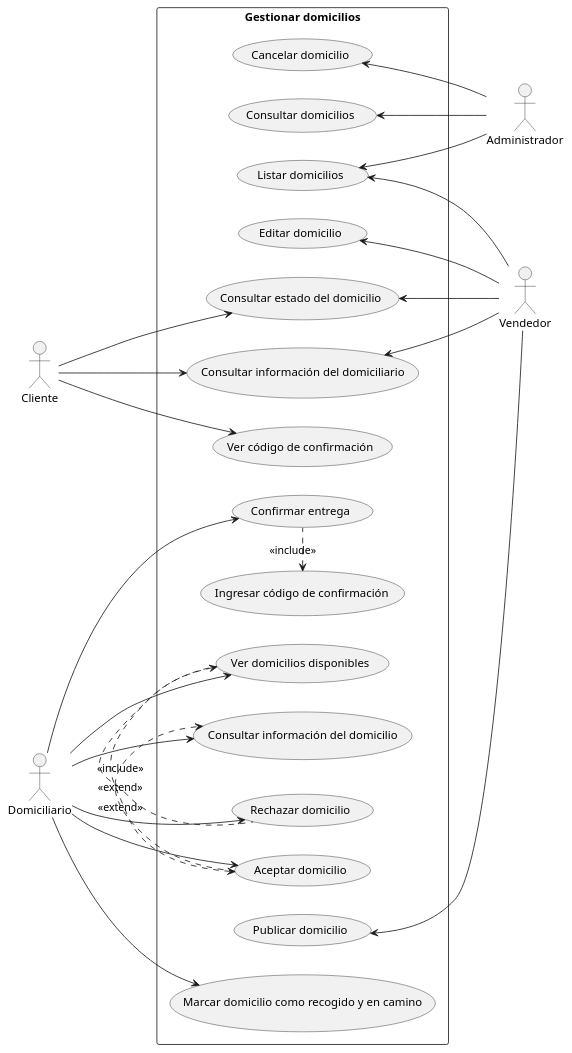
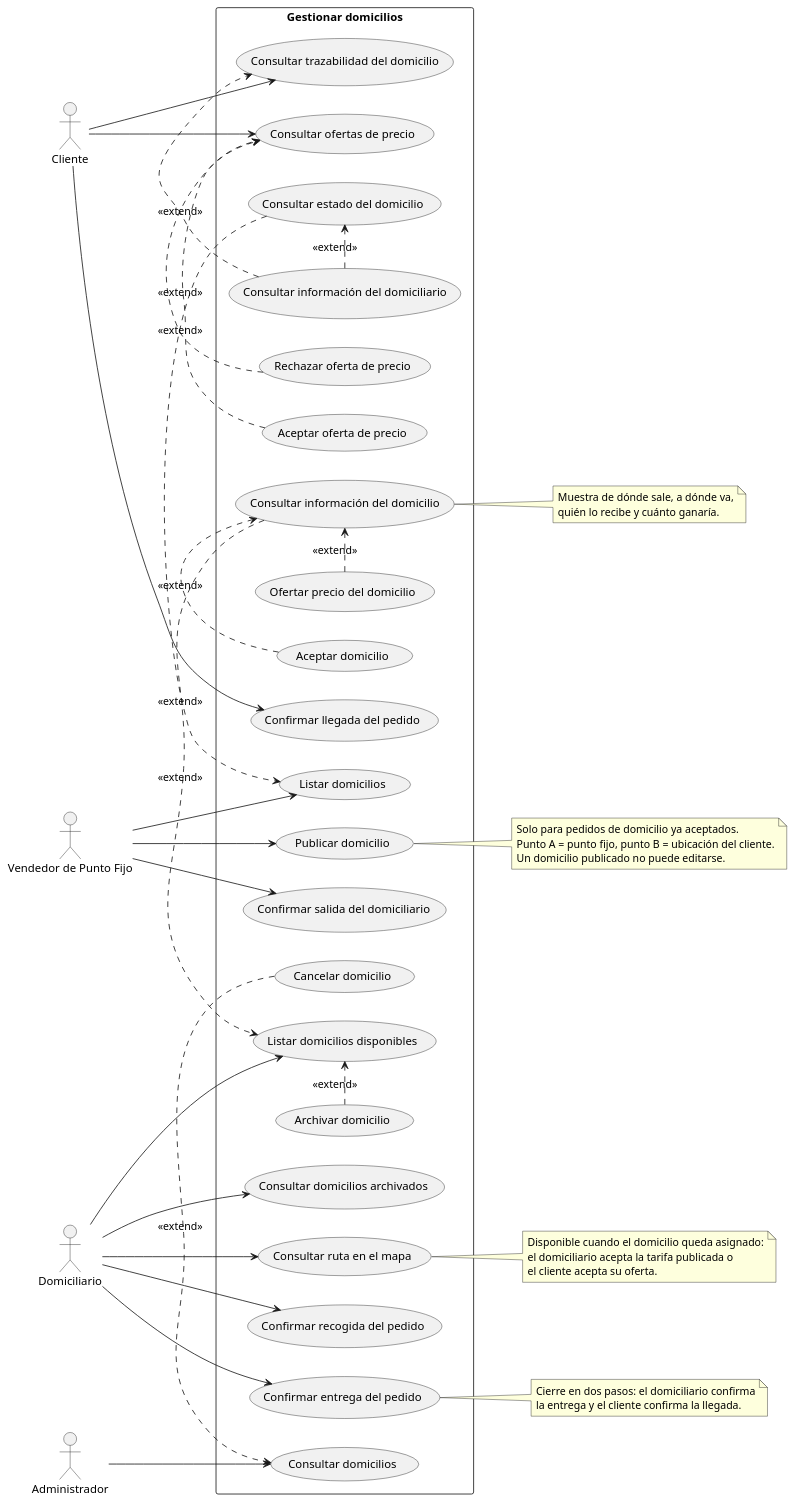
The diagram in casos de uso/gestionar_domicilios.puml (RAAR-18/napa), drawn with PlantUML before and after one commit. The commit also changed 130 other files, not shown here.

```diff
--- a/casos de uso/gestionar_domicilios.puml
+++ b/casos de uso/gestionar_domicilios.puml
@@ -1,54 +1,93 @@
 @startuml
 
 left to right direction
 
-actor "Vendedor" as v
 actor "Cliente" as c
+actor "Vendedor de Punto Fijo" as vpf
 actor "Domiciliario" as d
 actor "Administrador" as adm
 
 rectangle "Gestionar domicilios" {
-    usecase "Consultar domicilios" as UC2
-    usecase "Editar domicilio" as UC3
-    usecase "Cancelar domicilio" as UC4
-    usecase "Listar domicilios" as UC5
-    usecase "Ver domicilios disponibles" as UC6
-    usecase "Aceptar domicilio" as UC7
-    usecase "Rechazar domicilio" as UC8
-    usecase "Consultar estado del domicilio" as UC10
-    usecase "Consultar información del domicilio" as UC13
-    usecase "Marcar domicilio como recogido y en camino" as UC17
-    usecase "Confirmar entrega" as UC19
-    usecase "Consultar información del domiciliario" as UC23
-    usecase "Publicar domicilio" as UC24
-    usecase "Ingresar código de confirmación" as UC25
-    usecase "Ver código de confirmación" as UC27
+    ' Vendedor de punto fijo
+    usecase "Publicar domicilio" as UC1
+    usecase "Listar domicilios" as UC2
+    usecase "Consultar estado del domicilio" as UC3
+    usecase "Consultar información del domiciliario" as UC4
+    usecase "Confirmar salida del domiciliario" as UC5
+
+    ' Domiciliario
+    usecase "Listar domicilios disponibles" as UC6
+    usecase "Archivar domicilio" as UC7
+    usecase "Consultar domicilios archivados" as UC8
+    usecase "Consultar información del domicilio" as UC9
+    usecase "Aceptar domicilio" as UC10
+    usecase "Ofertar precio del domicilio" as UC11
+    usecase "Consultar ruta en el mapa" as UC12
+    usecase "Confirmar recogida del pedido" as UC13
+    usecase "Confirmar entrega del pedido" as UC14
+
+    ' Cliente
+    usecase "Consultar ofertas de precio" as UC15
+    usecase "Aceptar oferta de precio" as UC16
+    usecase "Rechazar oferta de precio" as UC17
+    usecase "Consultar trazabilidad del domicilio" as UC18
+    usecase "Confirmar llegada del pedido" as UC19
+
+    ' Administrador
+    usecase "Consultar domicilios" as UC20
+    usecase "Cancelar domicilio" as UC21
 }
 
-c --> UC10
-c --> UC23
-c --> UC27
-
-UC10 <-- v
-UC24 <-- v
-UC3 <-- v
-UC5 <-- v
-UC23 <-- v
+vpf --> UC1
+vpf --> UC2
+vpf --> UC5
 
 d --> UC6
-d --> UC7
 d --> UC8
+d --> UC12
 d --> UC13
-d --> UC19
-d --> UC17
+d --> UC14
 
-UC2 <-- adm
-UC4 <-- adm
-UC5 <-- adm
+c --> UC15
+c --> UC18
+c --> UC19
 
-UC25 <. UC19: <<include>>
-UC7 .> UC13: <<include>>
-UC7 <. UC6: <<extend>>
-UC6 <. UC8: <<extend>>
+adm --> UC20
+
+UC3 .> UC2 : <<extend>>
+UC4 .> UC3 : <<extend>>
+UC4 .> UC18 : <<extend>>
+
+UC7 .> UC6 : <<extend>>
+UC9 .> UC6 : <<extend>>
+UC10 .> UC9 : <<extend>>
+UC11 .> UC9 : <<extend>>
+
+UC16 .> UC15 : <<extend>>
+UC17 .> UC15 : <<extend>>
+
+UC21 .> UC20 : <<extend>>
+
+note right of UC1
+  Solo para pedidos de domicilio ya aceptados.
+  Punto A = punto fijo, punto B = ubicación del cliente.
+  Un domicilio publicado no puede editarse.
+end note
+
+note right of UC9
+  Muestra de dónde sale, a dónde va,
+  quién lo recibe y cuánto ganaría.
+end note
+
+note right of UC12
+  Disponible cuando el domicilio queda asignado:
+  el domiciliario acepta la tarifa publicada o
+  el cliente acepta su oferta.
+end note
+
+note right of UC14
+  Cierre en dos pasos: el domiciliario confirma
+  la entrega y el cliente confirma la llegada.
+end note
 
 @enduml
```
